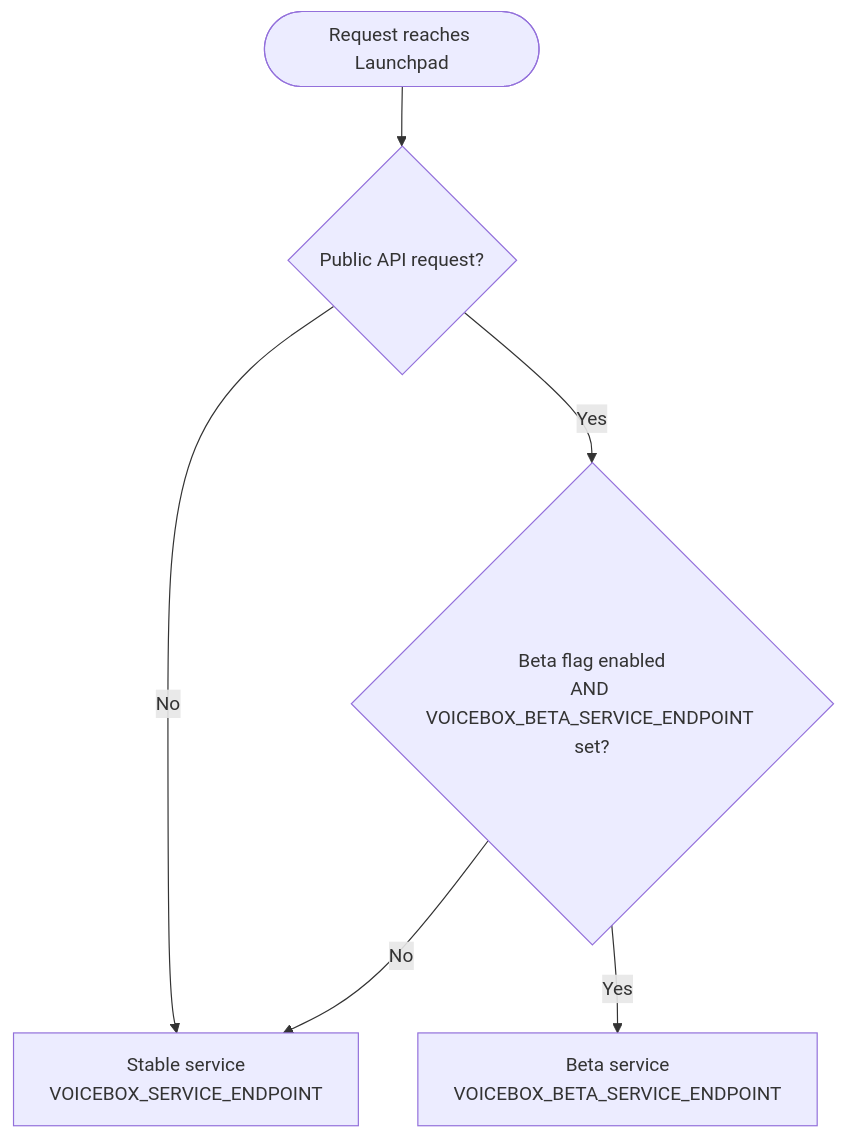
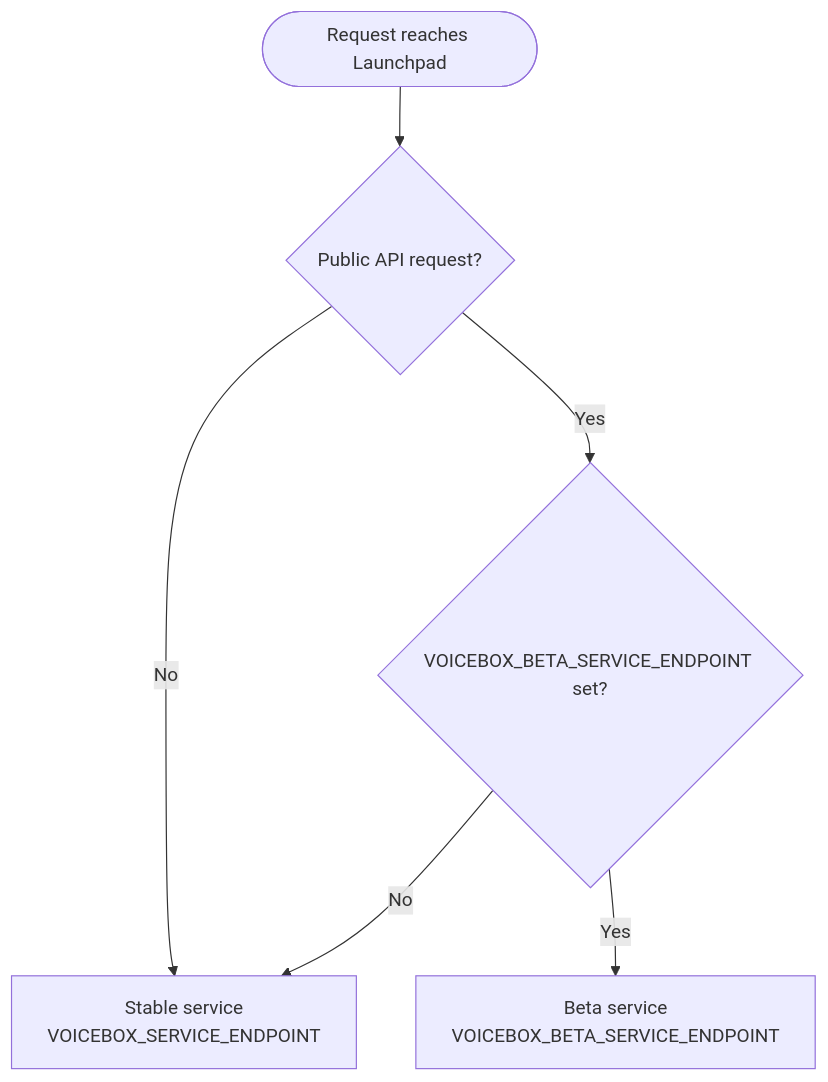
Before and after one commit to stardog-union/launchpad-docs: the second of 2 diagrams in guides/voicebox-beta-deployment.md, drawn with Mermaid. The commit also changed other lines of this file and 1 other file, not shown here.

First line of the commit message:
Correct beta routing: gated only by VOICEBOX_BETA_SERVICE_ENDPOINT

````diff
--- a/guides/voicebox-beta-deployment.md
+++ b/guides/voicebox-beta-deployment.md
@@ -41,8 +41,8 @@
 ```mermaid
 flowchart TD
     R([Request reaches Launchpad]) --> Q{Public API request?}
     Q -->|No| ST[Stable service<br/>VOICEBOX_SERVICE_ENDPOINT]
-    Q -->|Yes| C{Beta flag enabled<br/>AND VOICEBOX_BETA_SERVICE_ENDPOINT set?}
+    Q -->|Yes| C{VOICEBOX_BETA_SERVICE_ENDPOINT set?}
     C -->|No| ST
     C -->|Yes| BE[Beta service<br/>VOICEBOX_BETA_SERVICE_ENDPOINT]
 ```
````
